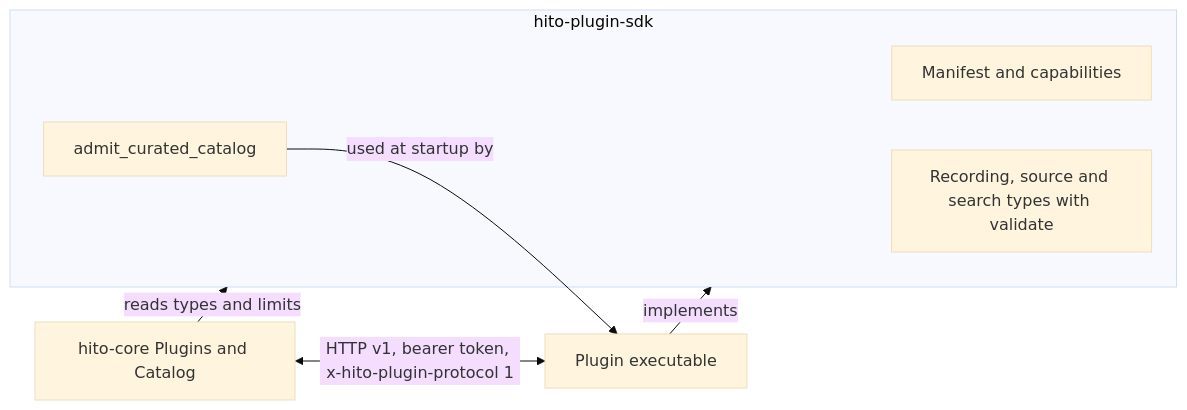
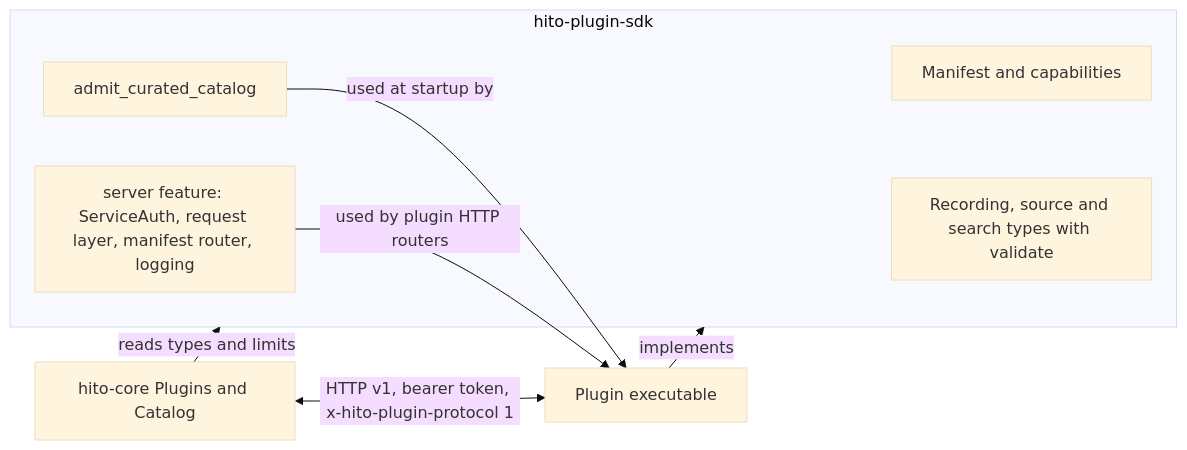
One commit to acidiney/hitoapp changed the third of 9 diagrams in docs/architecture.md. Above: the diagram before and after it, drawn with Mermaid (base theme). The commit also changed other lines of this file and 1 other file, not shown here.

Commit message:
Document the shared plugin HTTP server

````diff
--- a/docs/architecture.md
+++ b/docs/architecture.md
@@ -134,12 +134,14 @@
 ```mermaid
 flowchart LR
   subgraph SDK[hito-plugin-sdk]
     Manifest[Manifest and capabilities]
     Types[Recording, source and search types with validate]
     Curated[admit_curated_catalog]
+    Server[server feature: ServiceAuth, request layer, manifest router, logging]
   end
   Core[hito-core Plugins and Catalog] -->|reads types and limits| SDK
   Plugin[Plugin executable] -->|implements| SDK
   Core <-->|HTTP v1, bearer token, x-hito-plugin-protocol 1| Plugin
   Curated -->|used at startup by| Plugin
+  Server -->|used by plugin HTTP routers| Plugin
 ```
````
